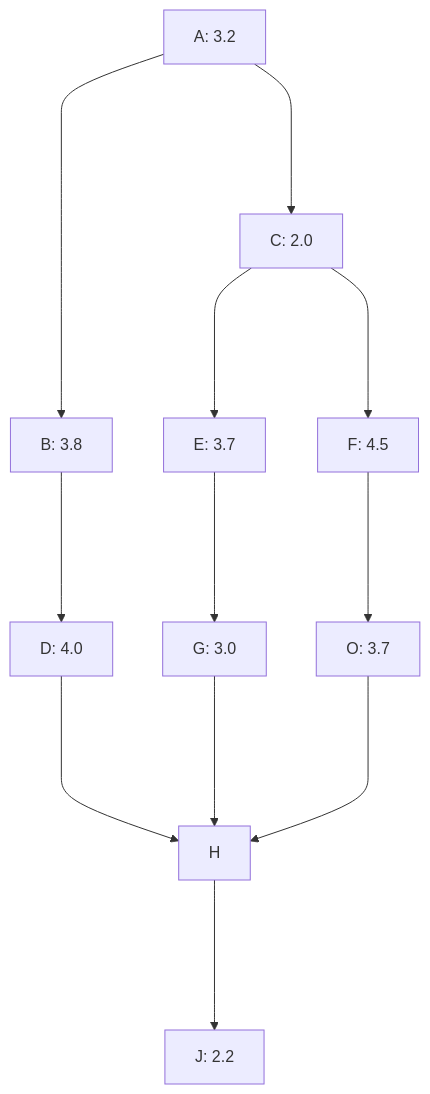
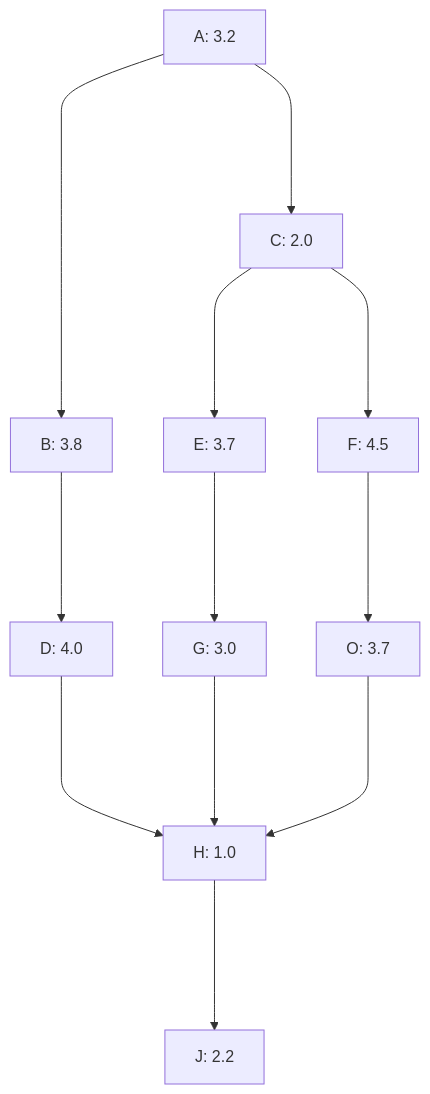
The diagram in README.md (Chase-William/project-managment-activity-4), drawn with Mermaid before and after one commit.

````diff
--- a/README.md
+++ b/README.md
@@ -1,14 +1,14 @@
 ```mermaid
 flowchart TD
   A[A: 3.2] ----> B[B: 3.8];
   A ----> C[C: 2.0];
   B ----> D[D: 4.0];
   C ----> E[E: 3.7];
   C ----> F[F: 4.5];
   E ----> G[G: 3.0];
-  D ----> H;
+  D ----> H[H: 1.0];
   G ----> H;
   I[O: 3.7] ----> H;
   F ----> I;
   H ----> J[J: 2.2];
 ```
````
